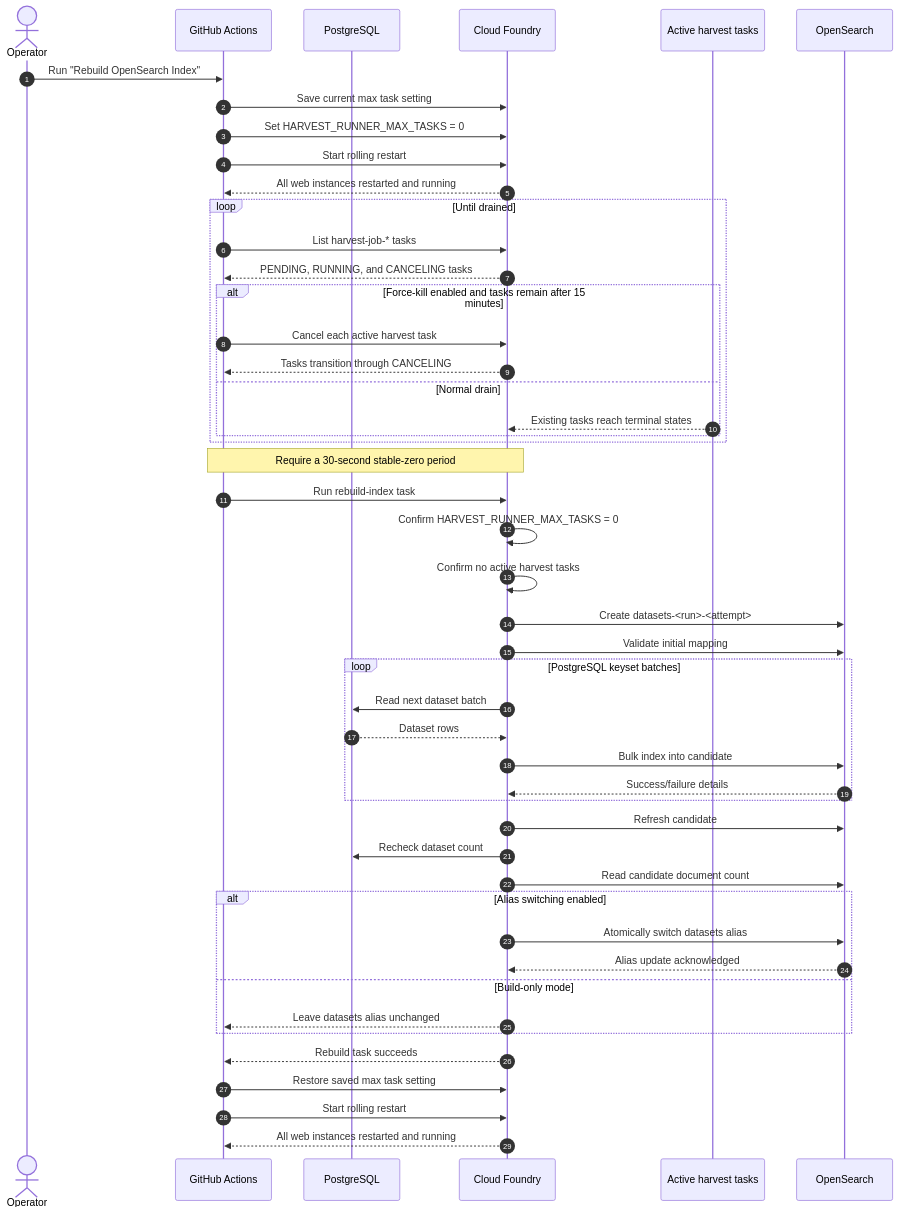
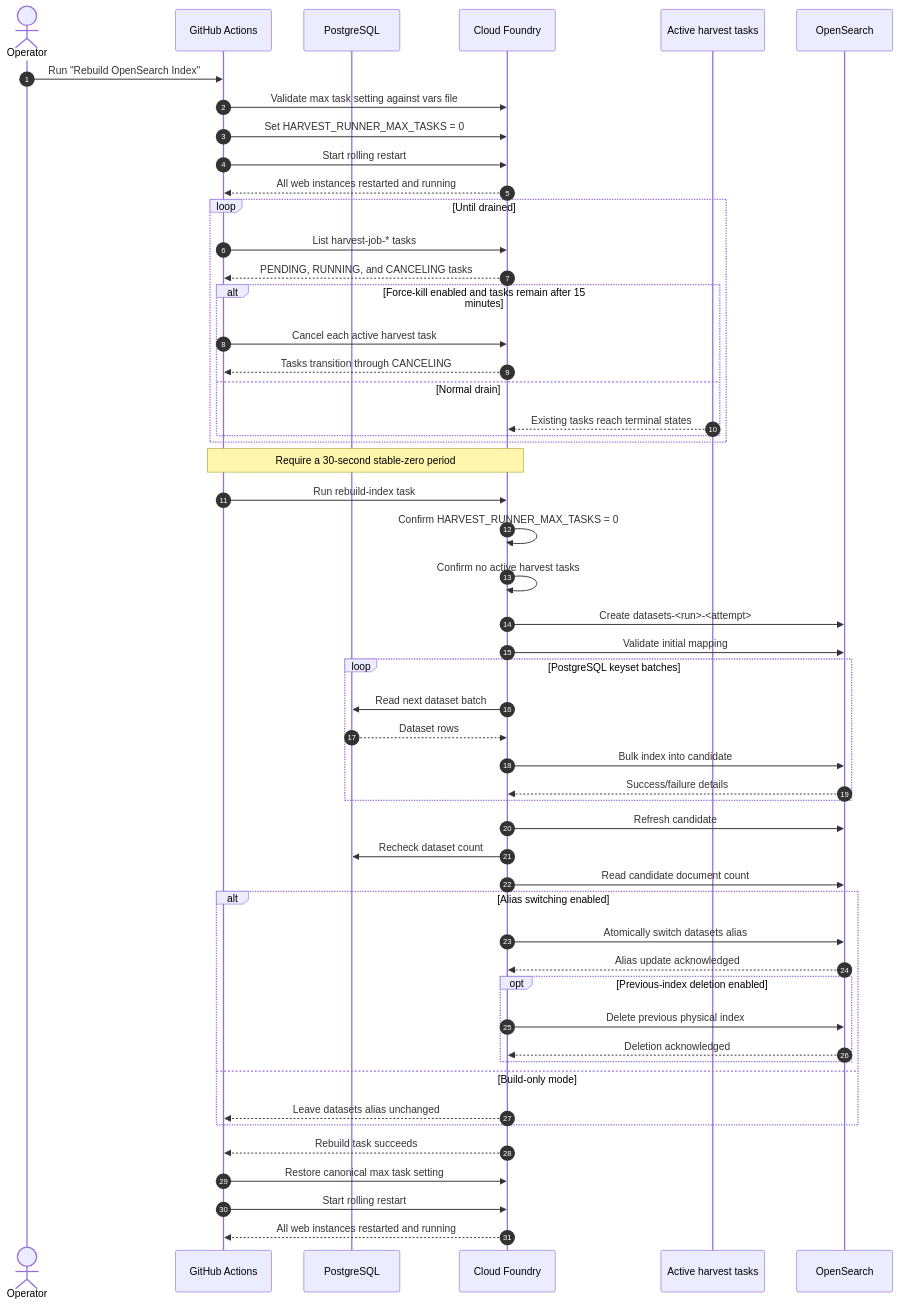
The second of 4 diagrams in docs/opensearch-index-rebuild.md (GSA/datagov-harvester), drawn with Mermaid before and after one commit. The commit also changed other lines of this file and 14 other files, not shown here.

Commit message:
5885 - addressing pr comments to try to remove unrelated refactors; adding flag to automatically delete old index from pipeline run after alias switch

````diff
--- a/docs/opensearch-index-rebuild.md
+++ b/docs/opensearch-index-rebuild.md
@@ -71,56 +72,60 @@
 ```mermaid
 sequenceDiagram
     autonumber
     actor O as Operator
     participant GH as GitHub Actions
     participant DB as PostgreSQL
     participant CF as Cloud Foundry
     participant H as Active harvest tasks
     participant OS as OpenSearch
 
     O->>GH: Run "Rebuild OpenSearch Index"
-    GH->>CF: Save current max task setting
+    GH->>CF: Validate max task setting against vars file
     GH->>CF: Set HARVEST_RUNNER_MAX_TASKS = 0
     GH->>CF: Start rolling restart
     CF-->>GH: All web instances restarted and running
 
     loop Until drained
         GH->>CF: List harvest-job-* tasks
         CF-->>GH: PENDING, RUNNING, and CANCELING tasks
         alt Force-kill enabled and tasks remain after 15 minutes
             GH->>CF: Cancel each active harvest task
             CF-->>GH: Tasks transition through CANCELING
         else Normal drain
             H-->>CF: Existing tasks reach terminal states
         end
     end
     Note over GH,CF: Require a 30-second stable-zero period
 
     GH->>CF: Run rebuild-index task
     CF->>CF: Confirm HARVEST_RUNNER_MAX_TASKS = 0
     CF->>CF: Confirm no active harvest tasks
     CF->>OS: Create datasets-<run>-<attempt>
     CF->>OS: Validate initial mapping
 
     loop PostgreSQL keyset batches
         CF->>DB: Read next dataset batch
         DB-->>CF: Dataset rows
         CF->>OS: Bulk index into candidate
         OS-->>CF: Success/failure details
     end
 
     CF->>OS: Refresh candidate
     CF->>DB: Recheck dataset count
     CF->>OS: Read candidate document count
     alt Alias switching enabled
         CF->>OS: Atomically switch datasets alias
         OS-->>CF: Alias update acknowledged
+        opt Previous-index deletion enabled
+            CF->>OS: Delete previous physical index
+            OS-->>CF: Deletion acknowledged
+        end
     else Build-only mode
         CF-->>GH: Leave datasets alias unchanged
     end
     CF-->>GH: Rebuild task succeeds
 
-    GH->>CF: Restore saved max task setting
+    GH->>CF: Restore canonical max task setting
     GH->>CF: Start rolling restart
     CF-->>GH: All web instances restarted and running
 ```
````
